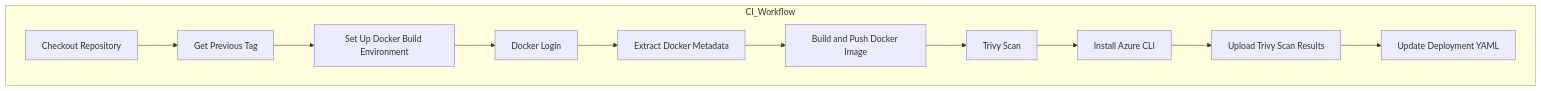
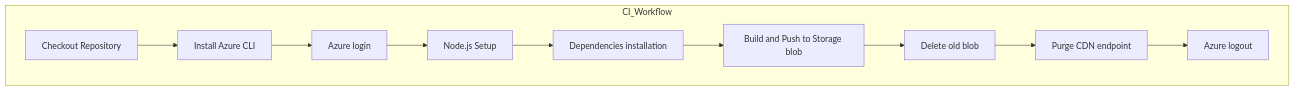
The second of 2 diagrams in .github/workflows/README-RELEASE.md (kalyandevops6303/web-react), drawn with Mermaid before and after one commit. The commit also changed other lines of this file, not shown here.

````diff
--- a/.github/workflows/README-RELEASE.md
+++ b/.github/workflows/README-RELEASE.md
@@ -62,16 +59,15 @@
 ```mermaid
 flowchart TD
     subgraph CI_Workflow
         B1[Checkout Repository]
-        B2[Get Previous Tag]
-        B3[Set Up Docker Build Environment]
-        B4[Docker Login]
-        B5[Extract Docker Metadata]
-        B6[Build and Push Docker Image]
-        B7[Trivy Scan]
-        B8[Install Azure CLI]
-        B9[Upload Trivy Scan Results]
-        B10[Update Deployment YAML]
-        B1 --> B2 --> B3 --> B4 --> B5 --> B6 --> B7 --> B8 --> B9 --> B10
+        B2[Install Azure CLI]
+        B3[Azure login]
+        B4[Node.js Setup]
+        B5[Dependencies installation]
+        B6[Build and Push to Storage blob]
+        B7[Delete old blob]
+        B8[Purge CDN endpoint]
+        B9[Azure logout]
+        B1 --> B2 --> B3 --> B4 --> B5 --> B6 --> B7 --> B8 --> B9
     end
 ```
````
